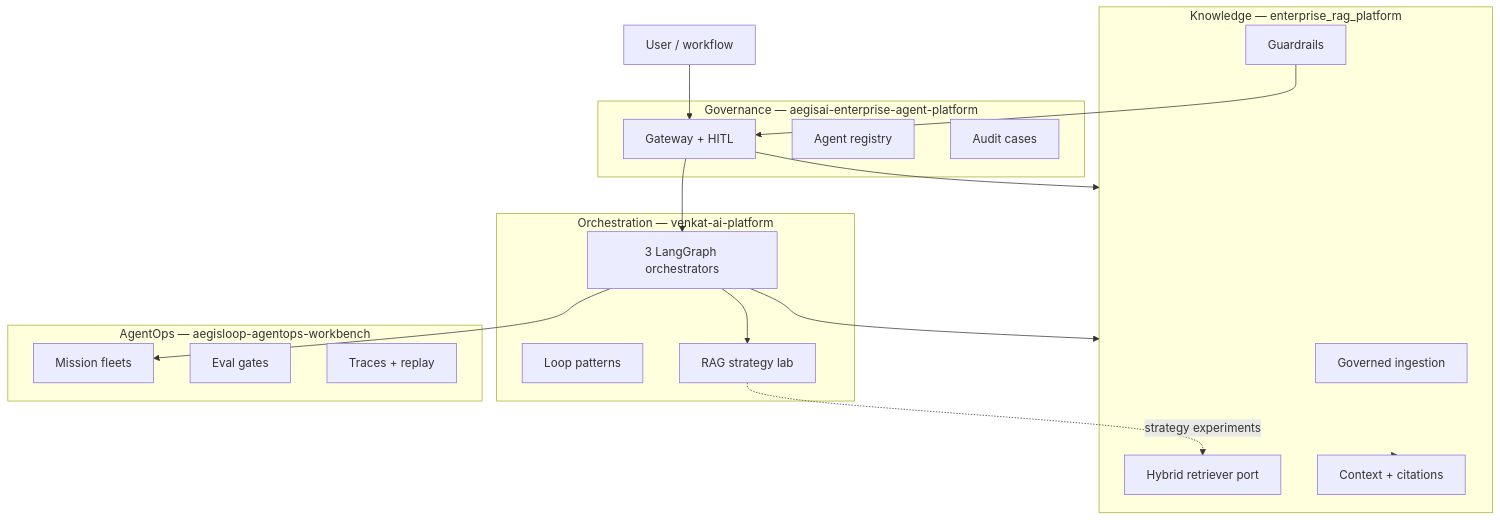
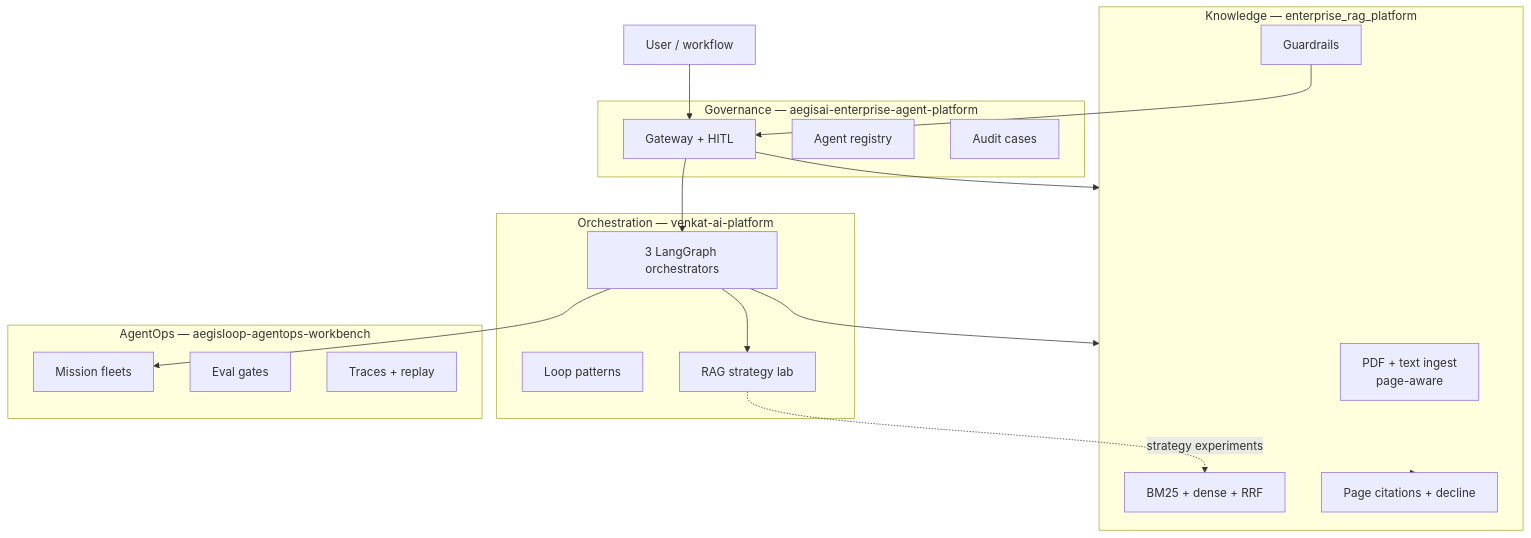
The diagram in docs/ECOSYSTEM.md (vpeetla-ai/enterprise_rag_platform), drawn with Mermaid before and after one commit. The commit also changed other lines of this file and 21 other files, not shown here.

First line of the commit message:
Close Top-1% plan gaps: Qdrant hybrid RRF, eval CI gates, rate limits, OCR. (#10)

````diff
--- a/docs/ECOSYSTEM.md
+++ b/docs/ECOSYSTEM.md
@@ -7,37 +7,37 @@
 ```mermaid
 flowchart TB
   subgraph Governance["Governance — aegisai-enterprise-agent-platform"]
     GW["Gateway + HITL"]
     REG["Agent registry"]
     AUD["Audit cases"]
   end
 
   subgraph Orchestration["Orchestration — venkat-ai-platform"]
     VAP["3 LangGraph orchestrators"]
     LOOPS["Loop patterns"]
     RAGLAB["RAG strategy lab"]
   end
 
   subgraph Knowledge["Knowledge — enterprise_rag_platform"]
-    ING["Governed ingestion"]
-    RET["Hybrid retriever port"]
-    CTX["Context + citations"]
+    ING["PDF + text ingest<br/>page-aware"]
+    RET["BM25 + dense + RRF"]
+    CTX["Page citations + decline"]
     GR["Guardrails"]
   end
 
   subgraph AgentOps["AgentOps — aegisloop-agentops-workbench"]
     MIS["Mission fleets"]
     EVAL["Eval gates"]
     TRACE["Traces + replay"]
   end
 
   User["User / workflow"] --> GW
   GW --> VAP
   VAP --> RAGLAB
   RAGLAB -.->|"strategy experiments"| RET
   VAP --> Knowledge
   GW --> Knowledge
   VAP --> MIS
   Knowledge --> CTX
   GR --> GW
 ```
````
